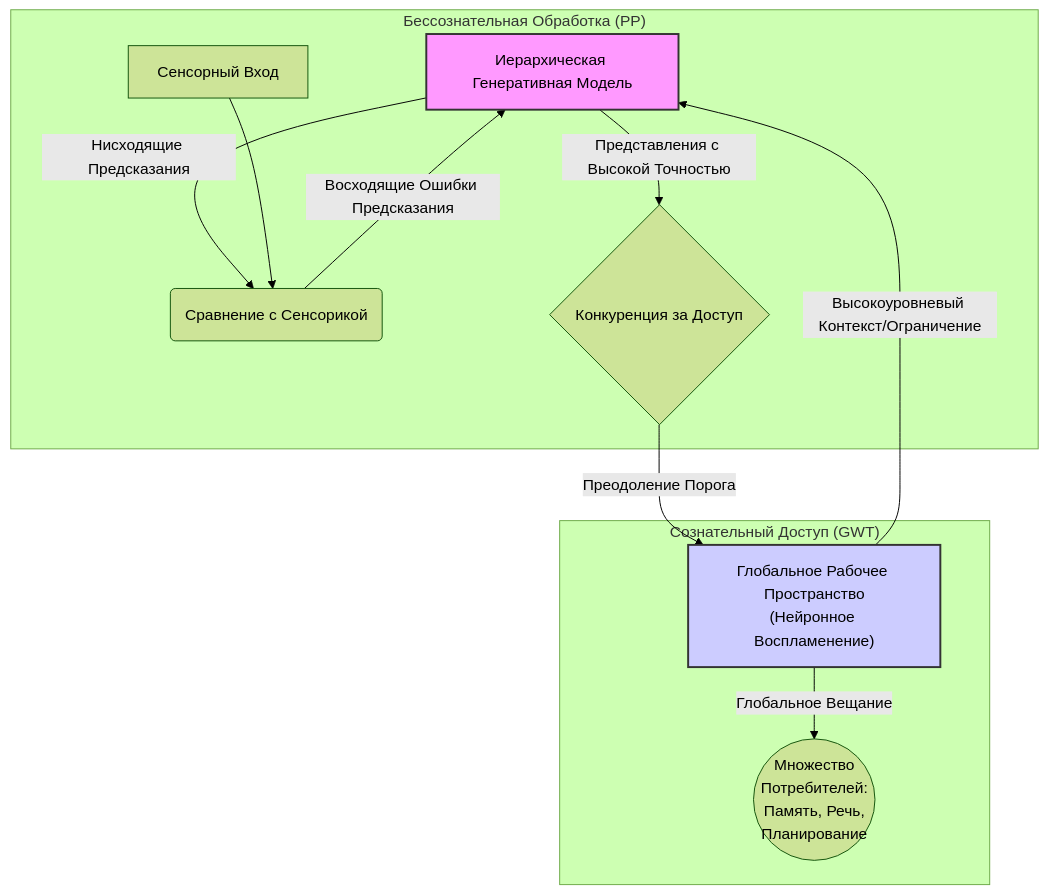
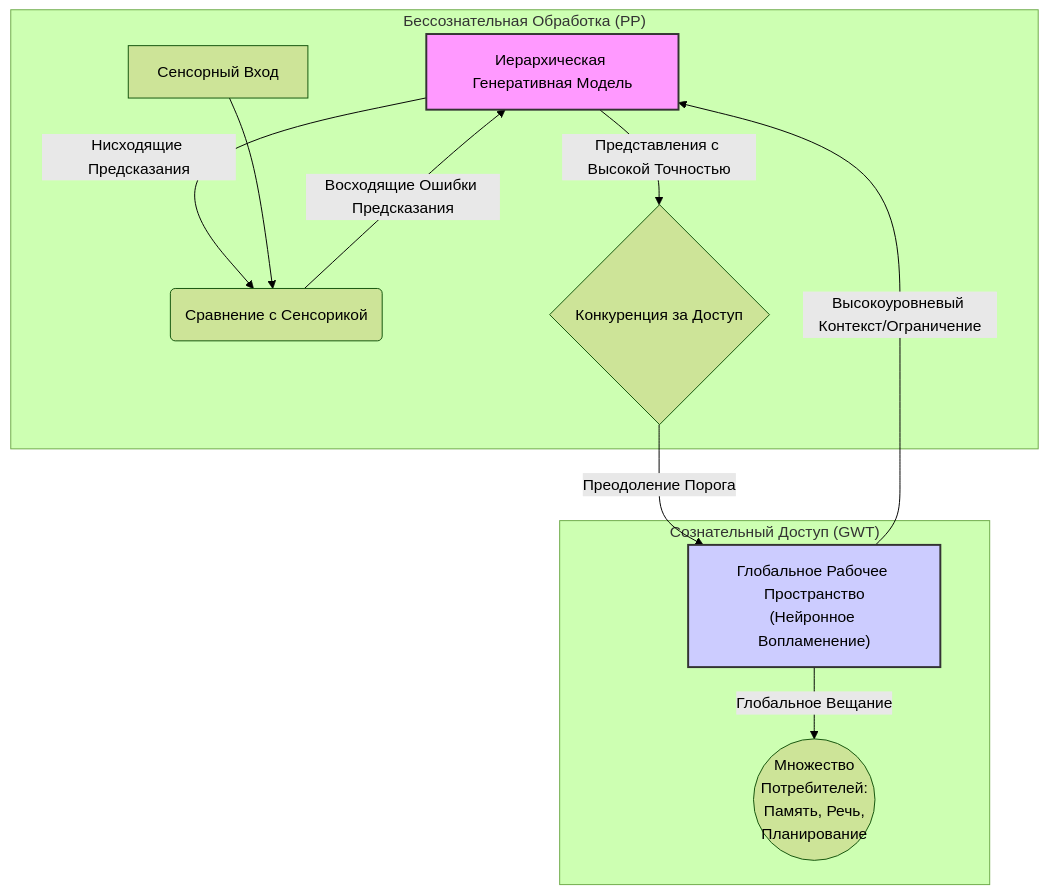
The diagram in docs/module5/05-pp-gwt-interface.md (Antimortine/epet-course), drawn with Mermaid (forest theme) before and after one commit. The commit also changed 2 other files, not shown here.

Commit message:
Улучшение диаграмм

````diff
--- a/docs/module5/05-pp-gwt-interface.md
+++ b/docs/module5/05-pp-gwt-interface.md
@@ -45,19 +45,20 @@
 ```mermaid
 graph TD
     subgraph "Бессознательная Обработка (PP)"
         A[Иерархическая Генеративная Модель] -- "Нисходящие Предсказания" --> B(Сравнение с Сенсорикой);
         C[Сенсорный Вход] --> B;
         B -- "Восходящие Ошибки Предсказания" --> A;
         A -- "Представления с Высокой Точностью" --> D{Конкуренция за Доступ};
     end
 
     subgraph "Сознательный Доступ (GWT)"
-        D -- "Преодоление Порога" --> E["Глобальное Рабочее Пространство<br>(Нейронное Воспламенение)"];
+        D -- "Преодоление Порога" --> E["Глобальное Рабочее Пространство<br>(Нейронное Вопламенение)"];
         E -- "Глобальное Вещание" --> F((Множество<br>Потребителей:<br>Память, Речь,<br>Планирование));
     end
 
     E -- "Высокоуровневый Контекст/Ограничение" --> A;
 
-    style A fill:#f9f,stroke:#333,stroke-width:2px
-    style E fill:#ccf,stroke:#333,stroke-width:2px
+    %% --- Стили --- %%
+    style A fill:#f9f,stroke:#333,stroke-width:2px,color:#000
+    style E fill:#ccf,stroke:#333,stroke-width:2px,color:#000
 ```
````
